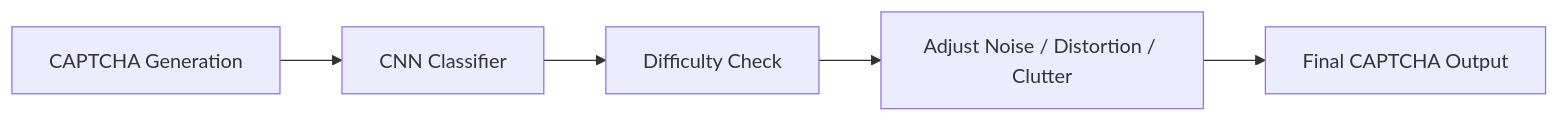
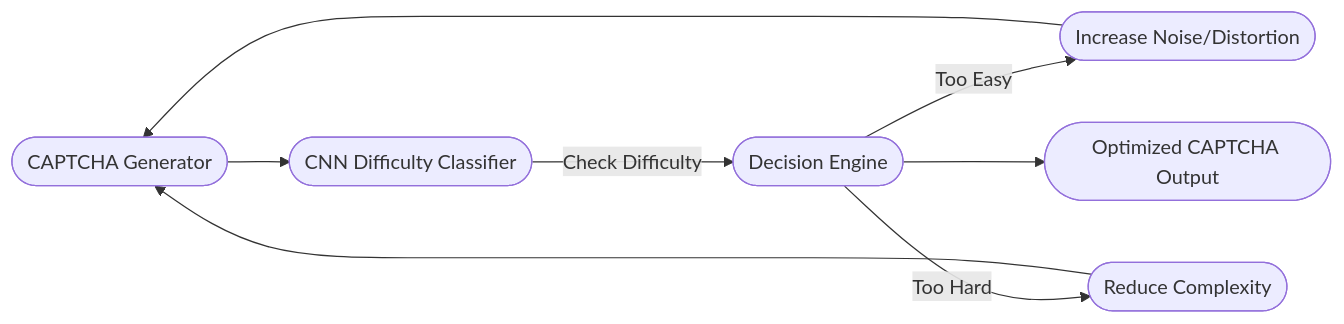
Before and after one commit to sanyam-katoch10/ML-CAPTCHA-Refinement: the diagram in README.md, drawn with Mermaid. The commit also changed other lines of this file, not shown here.

````diff
--- a/README.md
+++ b/README.md
@@ -94,7 +79,10 @@
 ```mermaid
 flowchart LR
-A[CAPTCHA Generation] --> B[CNN Classifier]
-B --> C[Difficulty Check]
-C --> D[Adjust Noise / Distortion / Clutter]
-D --> E[Final CAPTCHA Output]
+A([CAPTCHA Generator]) --> B([CNN Difficulty Classifier])
+B -->|Check Difficulty| C([Decision Engine])
+C -->|Too Easy| D([Increase Noise/Distortion])
+C -->|Too Hard| E([Reduce Complexity])
+D --> A
+E --> A
+C --> F([Optimized CAPTCHA Output])
 ```
````
